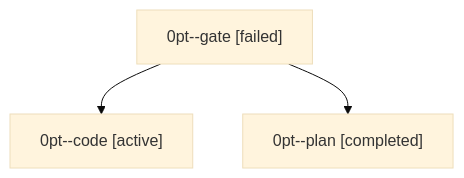
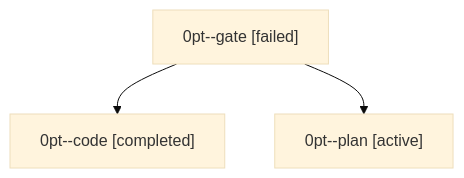
One commit to sase-org/sase--agents changed the diagram in families/bbugyi200.athena.0pt.md. Above: the diagram before and after it, drawn with Mermaid (base theme). The commit also changed other lines of this file and 35830 other files, not shown here.

````diff
--- a/families/bbugyi200.athena.0pt.md
+++ b/families/bbugyi200.athena.0pt.md
@@ -9,8 +9,8 @@
 ```mermaid
 flowchart TD
   n0["0pt--gate [failed]"]
-  n1["0pt--code [active]"]
+  n1["0pt--code [completed]"]
   n0 --> n1
-  n2["0pt--plan [completed]"]
+  n2["0pt--plan [active]"]
   n0 --> n2
 ```
````
